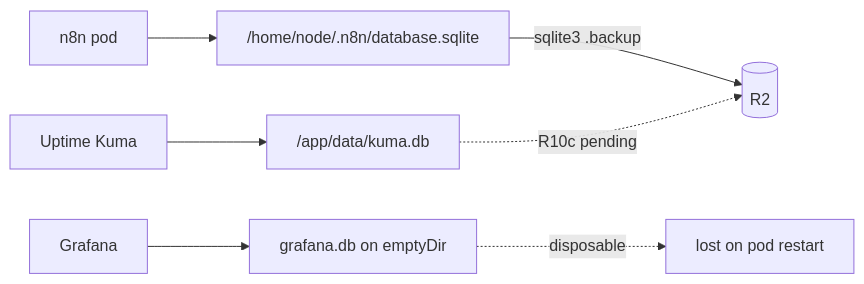
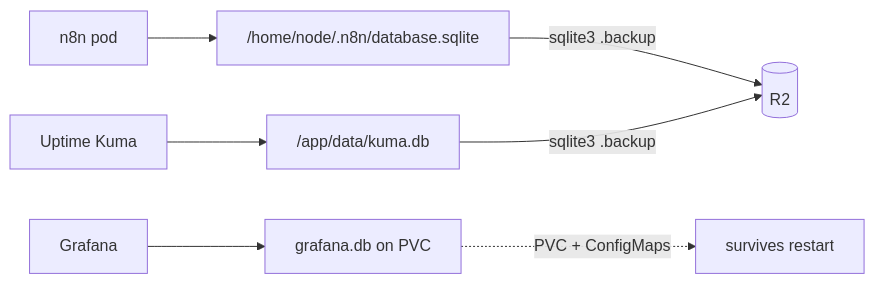
The eighth of 13 diagrams in docs/databases/landscape.md (Themis128/cloudless.gr), drawn with Mermaid before and after one commit. The commit also changed other lines of this file and 15 other files, not shown here.

First line of the commit message:
feat(ops): close R10b/R10c backups and harden pvc-backup ops

````diff
--- a/docs/databases/landscape.md
+++ b/docs/databases/landscape.md
@@ -214,9 +217,9 @@
 ```mermaid
 flowchart LR
   N8N["n8n pod"] --> F1["/home/node/.n8n/database.sqlite"]
   Kuma["Uptime Kuma"] --> F2["/app/data/kuma.db"]
-  Graf["Grafana"] --> F3["grafana.db on emptyDir"]
+  Graf["Grafana"] --> F3["grafana.db on PVC"]
   F1 -->|sqlite3 .backup| R2[(R2)]
-  F2 -.->|R10c pending| R2
-  F3 -.->|disposable| Trash["lost on pod restart"]
+  F2 -->|sqlite3 .backup| R2
+  F3 -.->|PVC + ConfigMaps| Keep["survives restart"]
 ```
````
